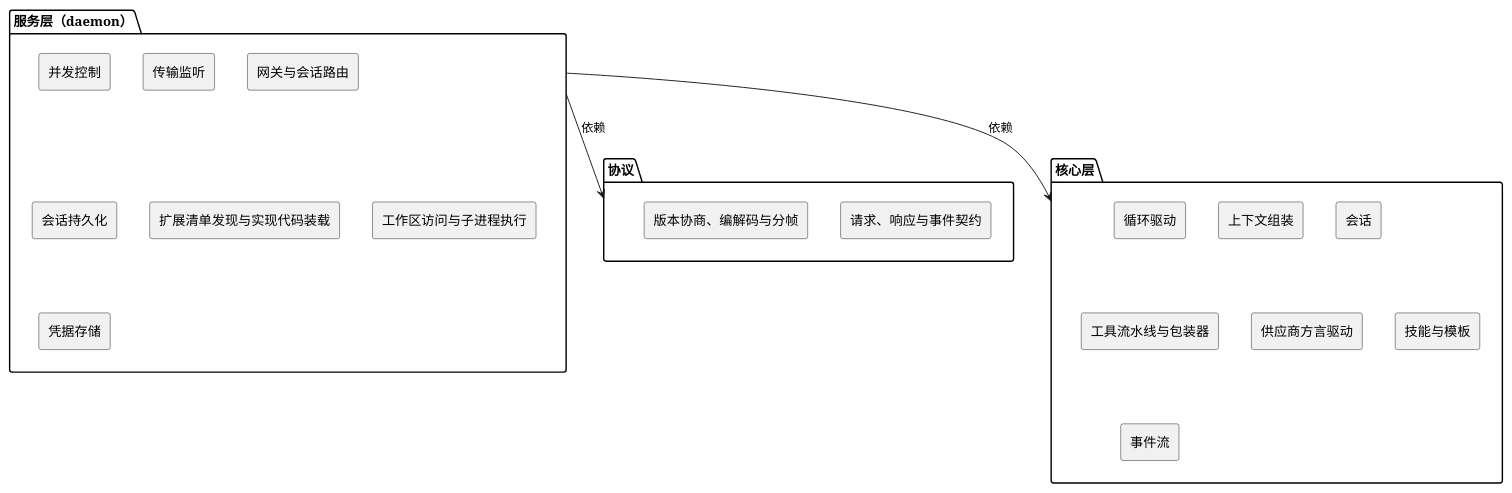
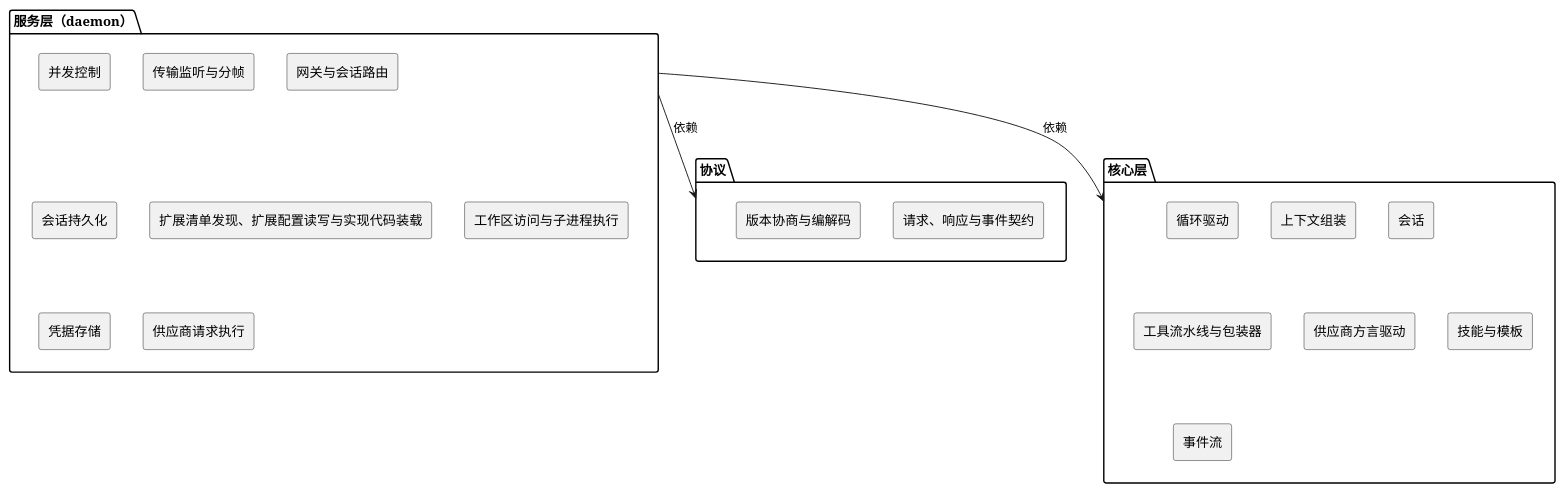
One commit to pisciculus0413/Pisces changed the first of 10 diagrams in docs/1 High-Level Design/1 High-Level Design.md. Above: the diagram before and after it, drawn with PlantUML. The commit also changed other lines of this file, not shown here.

````diff
--- a/docs/1 High-Level Design/1 High-Level Design.md
+++ b/docs/1 High-Level Design/1 High-Level Design.md
@@ -176,33 +211,34 @@
 ```plantuml
 @startuml
 skinparam componentStyle rectangle
 
 package "协议" as protocol {
   [请求、响应与事件契约]
-  [版本协商、编解码与分帧]
+  [版本协商与编解码]
 }
 
 package "服务层（daemon）" as daemon {
   [并发控制]
-  [传输监听]
+  [传输监听与分帧]
   [网关与会话路由]
   [会话持久化]
-  [扩展清单发现与实现代码装载]
+  [扩展清单发现、扩展配置读写与实现代码装载]
   [工作区访问与子进程执行]
   [凭据存储]
+  [供应商请求执行]
 }
 
 package "核心层" as core {
   [循环驱动]
   [上下文组装]
   [会话]
   [工具流水线与包装器]
   [供应商方言驱动]
   [技能与模板]
   [事件流]
 }
 
 daemon --> protocol : 依赖
 daemon --> core : 依赖
 @enduml
 ```
````
